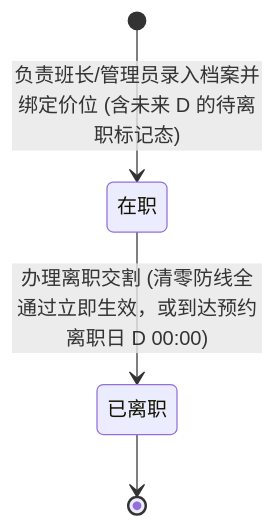
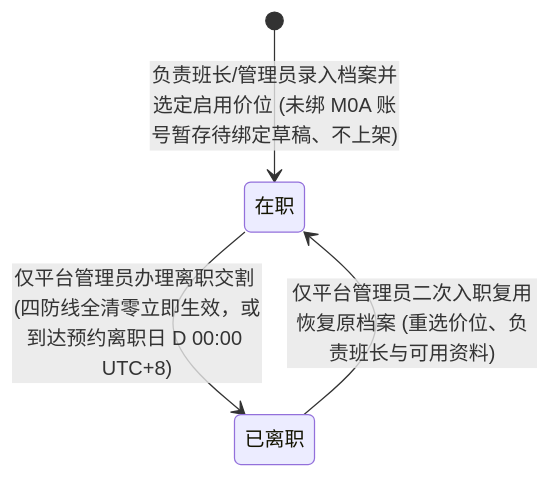
The fourth of 20 diagrams in docs/ENTITY_STATE_MACHINES.md (Onezao/dream), drawn with Mermaid before and after one commit. The commit also changed other lines of this file and 34 other files, not shown here.

````diff
--- a/docs/ENTITY_STATE_MACHINES.md
+++ b/docs/ENTITY_STATE_MACHINES.md
@@ -77,6 +139,6 @@
 ```mermaid
 stateDiagram-v2
-    [*] --> 在职: 负责班长/管理员录入档案并绑定价位 (含未来 D 的待离职标记态)
-    在职 --> 已离职: 办理离职交割 (清零防线全通过立即生效，或到达预约离职日 D 00:00)
-    已离职 --> [*]
+    [*] --> 在职: 负责班长/管理员录入档案并选定启用价位 (未绑 M0A 账号暂存待绑定草稿、不上架)
+    在职 --> 已离职: 仅平台管理员办理离职交割 (四防线全清零立即生效，或到达预约离职日 D 00:00 UTC+8)
+    已离职 --> 在职: 仅平台管理员二次入职复用恢复原档案 (重选价位、负责班长与可用资料)
 ```
````
